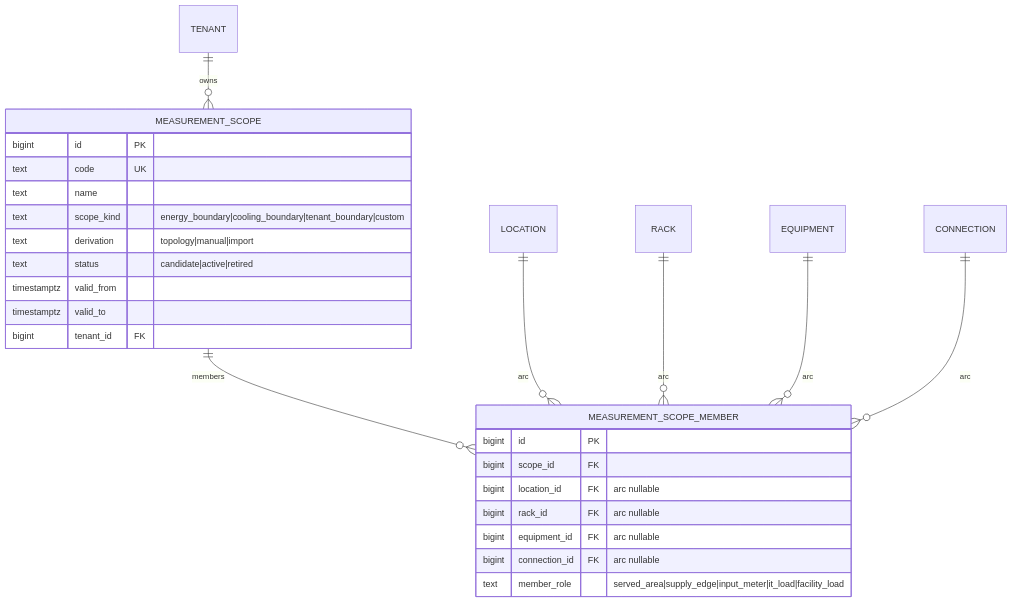
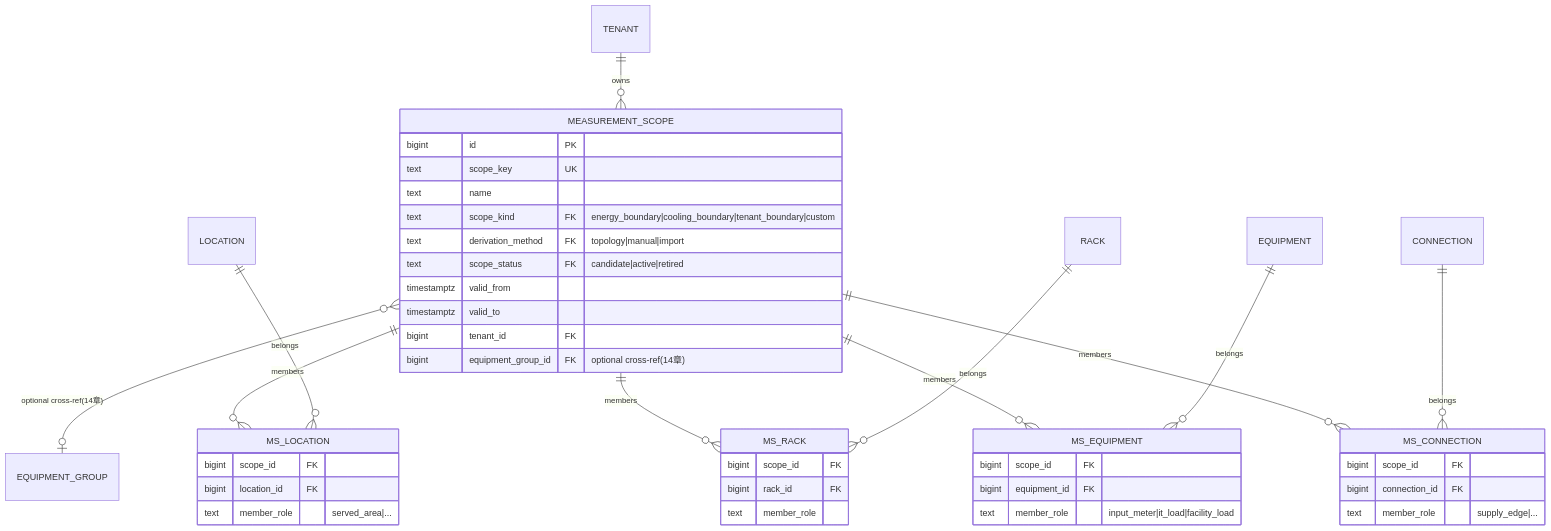
One commit to hn-11/dcim-schema-design changed the second of 5 diagrams in 10-measurement-scope-derived-metrics.md. Above: the diagram before and after it, drawn with Mermaid. The commit also changed other lines of this file and 8 other files, not shown here.

First line of the commit message:
refactor(schema): 論理グルーピング追加 + 型制約全面改訂 + 構造リファクタ

````diff
--- a/10-measurement-scope-derived-metrics.md
+++ b/10-measurement-scope-derived-metrics.md
@@ -52,30 +54,46 @@
 ```mermaid
 erDiagram
     TENANT ||--o{ MEASUREMENT_SCOPE : owns
-    MEASUREMENT_SCOPE ||--o{ MEASUREMENT_SCOPE_MEMBER : members
-    LOCATION ||--o{ MEASUREMENT_SCOPE_MEMBER : "arc"
-    RACK ||--o{ MEASUREMENT_SCOPE_MEMBER : "arc"
-    EQUIPMENT ||--o{ MEASUREMENT_SCOPE_MEMBER : "arc"
-    CONNECTION ||--o{ MEASUREMENT_SCOPE_MEMBER : "arc"
+    MEASUREMENT_SCOPE }o--o| EQUIPMENT_GROUP : "optional cross-ref(14章)"
+    MEASUREMENT_SCOPE ||--o{ MS_LOCATION : members
+    MEASUREMENT_SCOPE ||--o{ MS_RACK : members
+    MEASUREMENT_SCOPE ||--o{ MS_EQUIPMENT : members
+    MEASUREMENT_SCOPE ||--o{ MS_CONNECTION : members
+    LOCATION ||--o{ MS_LOCATION : belongs
+    RACK ||--o{ MS_RACK : belongs
+    EQUIPMENT ||--o{ MS_EQUIPMENT : belongs
+    CONNECTION ||--o{ MS_CONNECTION : belongs
 
     MEASUREMENT_SCOPE {
         bigint id PK
-        text code UK
+        text scope_key UK
         text name
-        text scope_kind "energy_boundary|cooling_boundary|tenant_boundary|custom"
-        text derivation "topology|manual|import"
-        text status "candidate|active|retired"
+        text scope_kind FK "energy_boundary|cooling_boundary|tenant_boundary|custom"
+        text derivation_method FK "topology|manual|import"
+        text scope_status FK "candidate|active|retired"
         timestamptz valid_from
         timestamptz valid_to
         bigint tenant_id FK
+        bigint equipment_group_id FK "optional cross-ref(14章)"
     }
-    MEASUREMENT_SCOPE_MEMBER {
-        bigint id PK
+    MS_LOCATION {
         bigint scope_id FK
-        bigint location_id FK "arc nullable"
-        bigint rack_id FK "arc nullable"
-        bigint equipment_id FK "arc nullable"
-        bigint connection_id FK "arc nullable"
-        text member_role "served_area|supply_edge|input_meter|it_load|facility_load"
+        bigint location_id FK
+        text member_role "served_area|..."
+    }
+    MS_RACK {
+        bigint scope_id FK
+        bigint rack_id FK
+        text member_role
+    }
+    MS_EQUIPMENT {
+        bigint scope_id FK
+        bigint equipment_id FK
+        text member_role "input_meter|it_load|facility_load"
+    }
+    MS_CONNECTION {
+        bigint scope_id FK
+        bigint connection_id FK
+        text member_role "supply_edge|..."
     }
 ```
````
